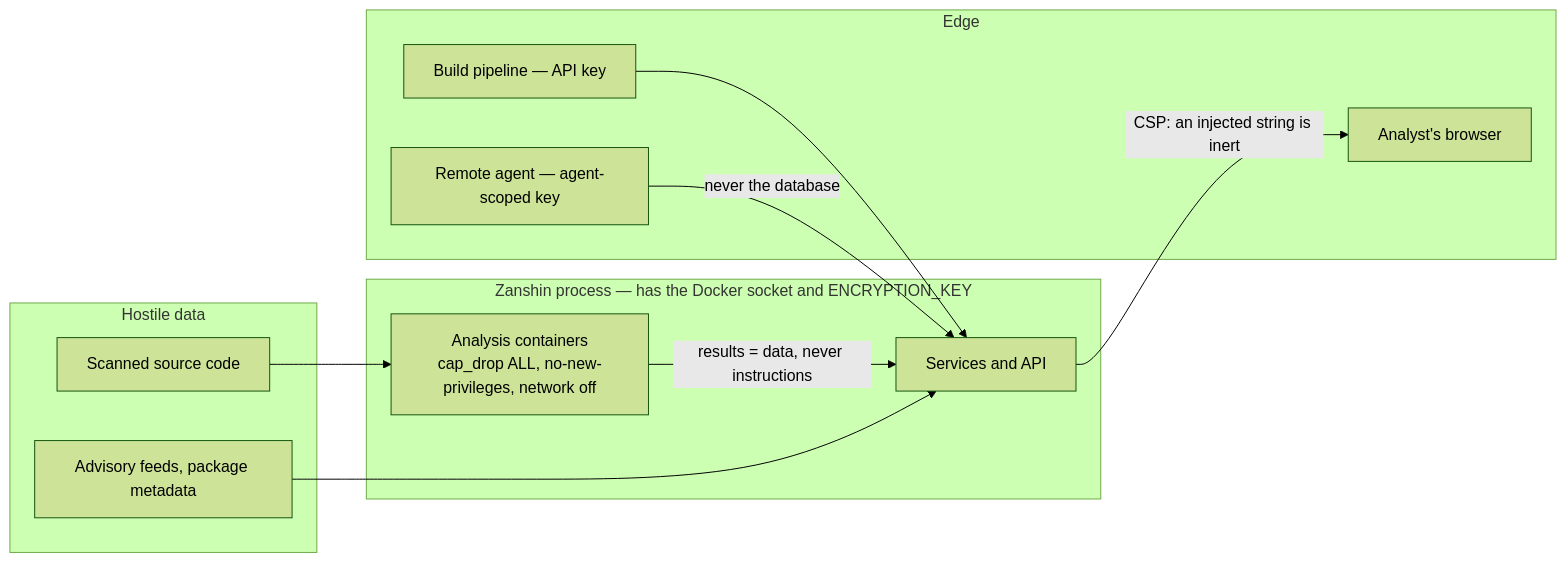
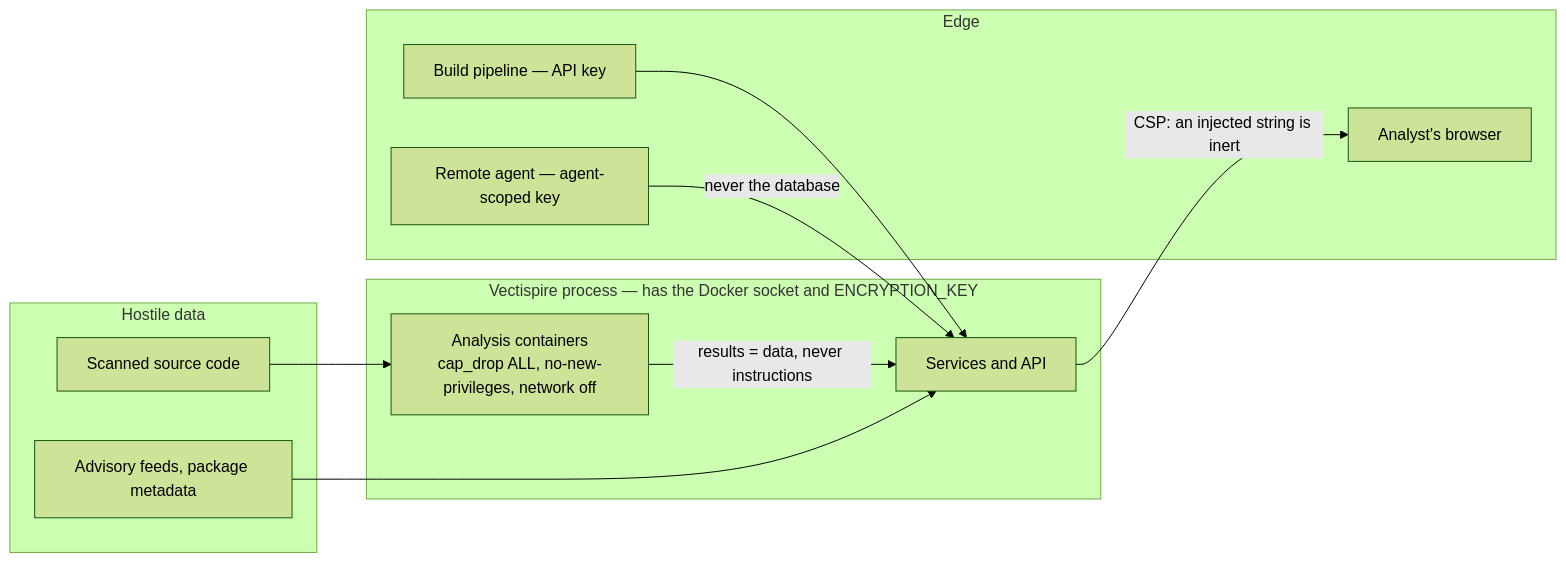
The diagram in docs/architecture/03-security.md (asmolabs/vectispire), drawn with Mermaid (forest theme) before and after one commit. The commit also changed other lines of this file and 627 other files, not shown here.

````diff
--- a/docs/architecture/03-security.md
+++ b/docs/architecture/03-security.md
@@ -28,23 +28,23 @@
 ```mermaid
 flowchart LR
     subgraph hostile["Hostile data"]
         CODE["Scanned source code"]
         FEED["Advisory feeds, package metadata"]
     end
-    subgraph proc["Zanshin process — has the Docker socket and ENCRYPTION_KEY"]
+    subgraph proc["Vectispire process — has the Docker socket and ENCRYPTION_KEY"]
         SCAN["Analysis containers<br/>cap_drop ALL, no-new-privileges, network off"]
         APP["Services and API"]
     end
     subgraph edge["Edge"]
         USER["Analyst's browser"]
         CI["Build pipeline — API key"]
         AGENT["Remote agent — agent-scoped key"]
     end
 
     CODE --> SCAN
     SCAN -->|"results = data, never instructions"| APP
     FEED --> APP
     APP -->|"CSP: an injected string is inert"| USER
     CI --> APP
     AGENT -->|"never the database"| APP
 ```
````
